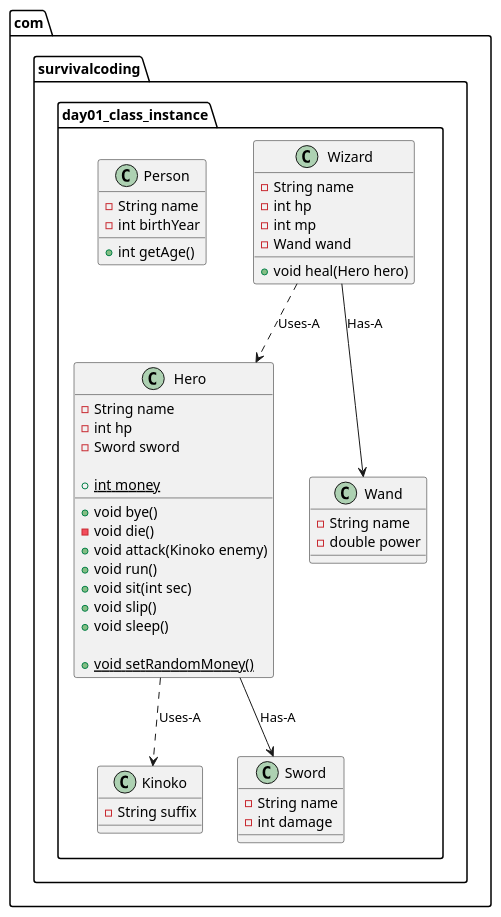
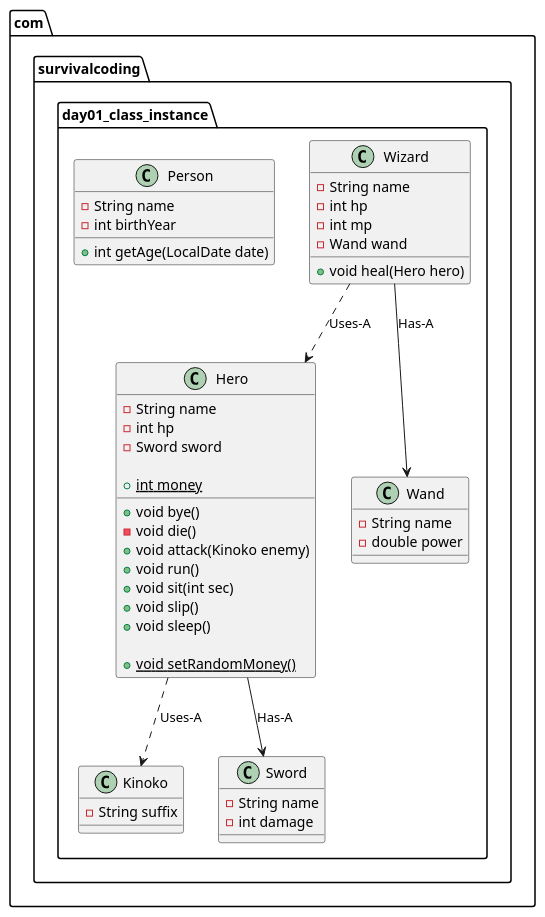
Before and after one commit to SurvivalCodingCampus/gangnam3-java-oop: the diagram in docs/day01_class_instance_diagram.puml, drawn with PlantUML. The commit also changed 1 other file, not shown here.

Commit message:
docs: 다이어그램 내 Person getAge 메서드 시그니처 수정

```diff
--- a/docs/day01_class_instance_diagram.puml
+++ b/docs/day01_class_instance_diagram.puml
@@ -1,62 +1,62 @@
 @startuml day01_class_instance_diagram
 scale 1
 
 package "com.survivalcoding.day01_class_instance" {
     
     class Kinoko {
         - String suffix
     }
 
     class Hero {
         - String name
         - int hp
         - Sword sword
 
         {static} + int money
 
         + void bye()
         - void die()
         + void attack(Kinoko enemy)
         + void run()
         + void sit(int sec)
         + void slip()
         + void sleep()
 
         {static} + void setRandomMoney()
     }
 
     class Sword {
         - String name
         - int damage
     }
 
     class Wizard {
         - String name
         - int hp
         - int mp
         - Wand wand
 
         + void heal(Hero hero)
     }
 
     class Wand {
         - String name
         - double power
     }
 
     class Person {
         - String name
         - int birthYear
 
-        + int getAge()
+        + int getAge(LocalDate date)
     }
 
     ' Relationship line
     Hero --> Sword : Has-A
     Wizard --> Wand : Has-A
 
     Hero ..> Kinoko : Uses-A
     Wizard ..> Hero : Uses-A
 }
 
 @enduml
```
